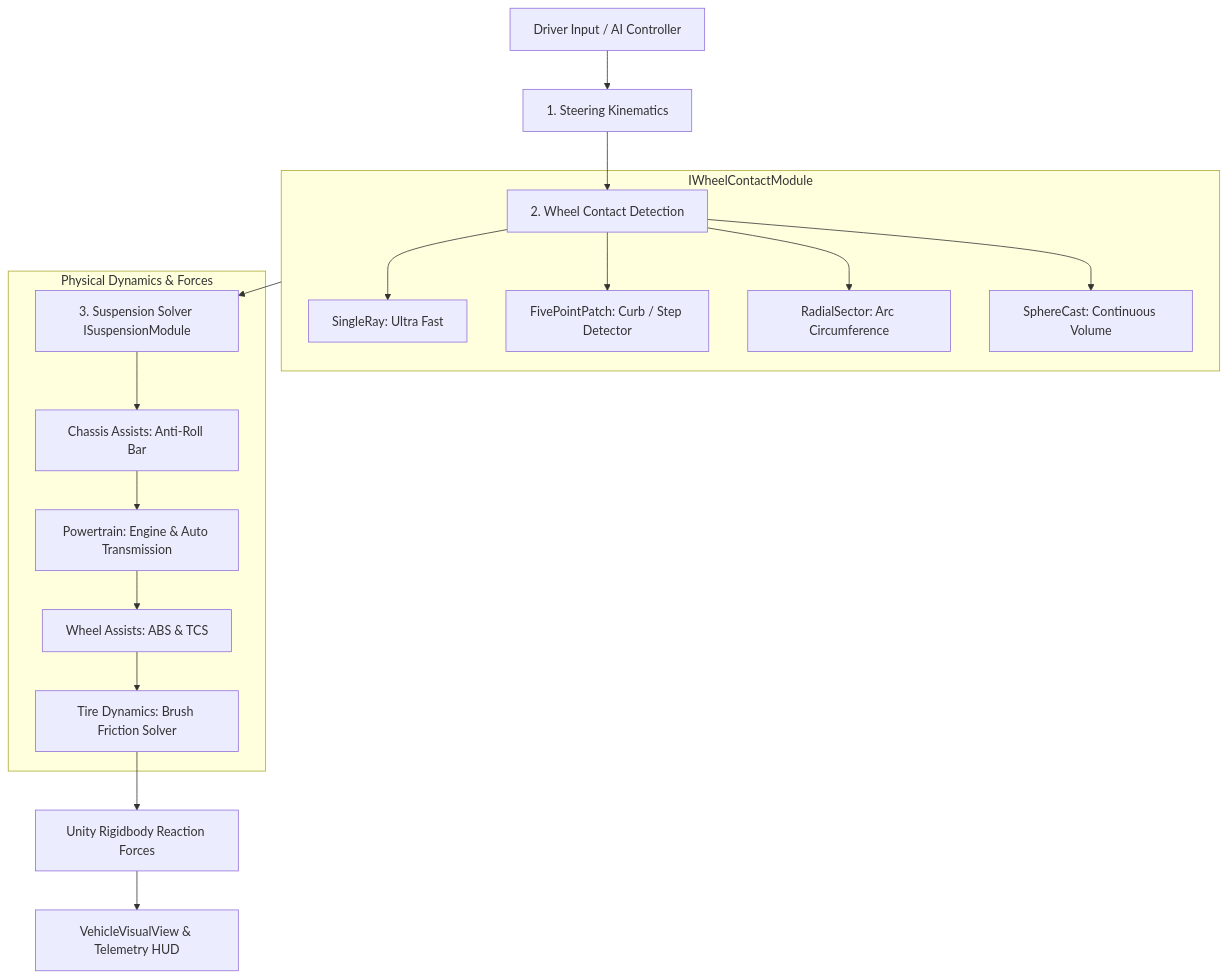
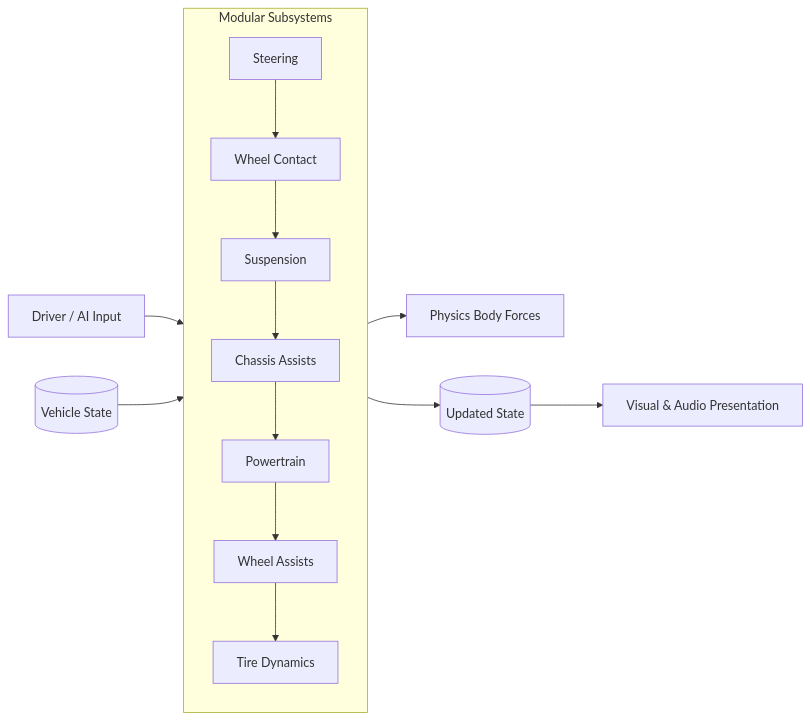
Before and after one commit to l0nnes/VALYR: the diagram in README.md, drawn with Mermaid. The commit also changed other lines of this file and 6 other files, not shown here.

````diff
--- a/README.md
+++ b/README.md
@@ -48,20 +24,21 @@
 ```mermaid
-flowchart TD
-    Driver[Driver Input / AI Controller] --> Steering[1. Steering Kinematics]
-    Steering --> Contact[2. Wheel Contact Detection]
-    subgraph ContactScanner [IWheelContactModule]
-        Contact --> M1[SingleRay: Ultra Fast]
-        Contact --> M2[FivePointPatch: Curb / Step Detector]
-        Contact --> M3[RadialSector: Arc Circumference]
-        Contact --> M4[SphereCast: Continuous Volume]
+flowchart LR
+    Input[Driver / AI Input] --> Pipeline
+    StateIn[(Vehicle State)] --> Pipeline
+    
+    subgraph Pipeline [Modular Subsystems]
+        direction TB
+        S1[Steering]
+        S2[Wheel Contact]
+        S3[Suspension]
+        S4[Chassis Assists]
+        S5[Powertrain]
+        S6[Wheel Assists]
+        S7[Tire Dynamics]
+        S1 --> S2 --> S3 --> S4 --> S5 --> S6 --> S7
     end
-    ContactScanner --> Susp[3. Suspension Solver ISuspensionModule]
-    subgraph Dynamics [Physical Dynamics & Forces]
-        Susp --> ARB[Chassis Assists: Anti-Roll Bar]
-        ARB --> Powertrain[Powertrain: Engine & Auto Transmission]
-        Powertrain --> WheelAssists[Wheel Assists: ABS & TCS]
-        WheelAssists --> Tires[Tire Dynamics: Brush Friction Solver]
-    end
-    Tires --> Rigidbody[Unity Rigidbody Reaction Forces]
-    Rigidbody --> Visual[VehicleVisualView & Telemetry HUD]
+    
+    Pipeline --> Forces[Physics Body Forces]
+    Pipeline --> StateOut[(Updated State)]
+    StateOut --> Visual[Visual & Audio Presentation]
 ```
````
